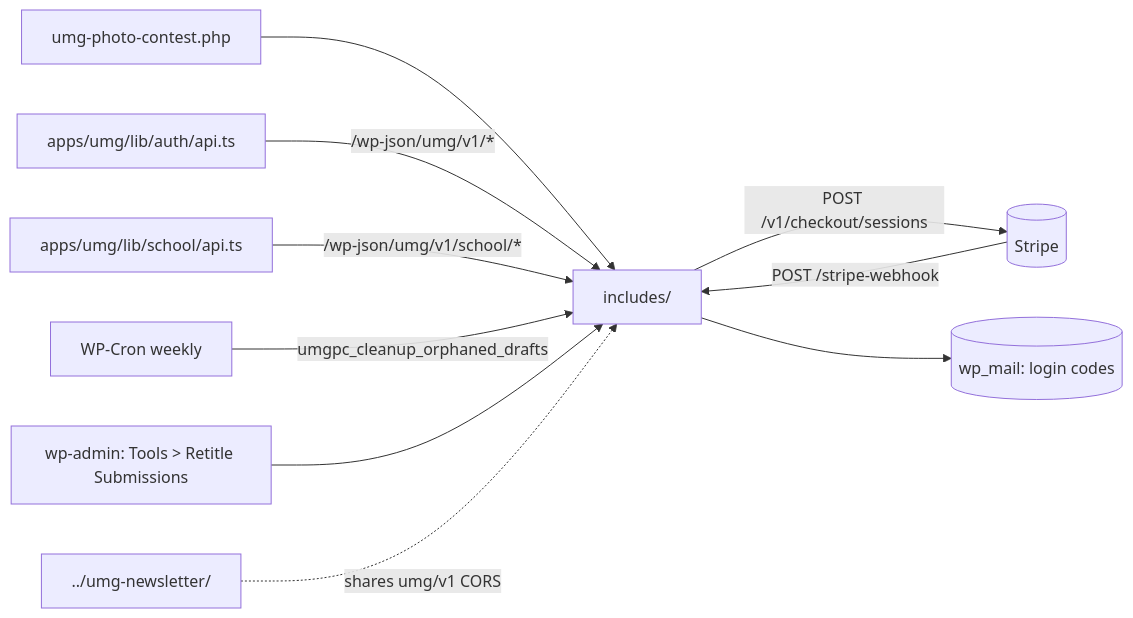
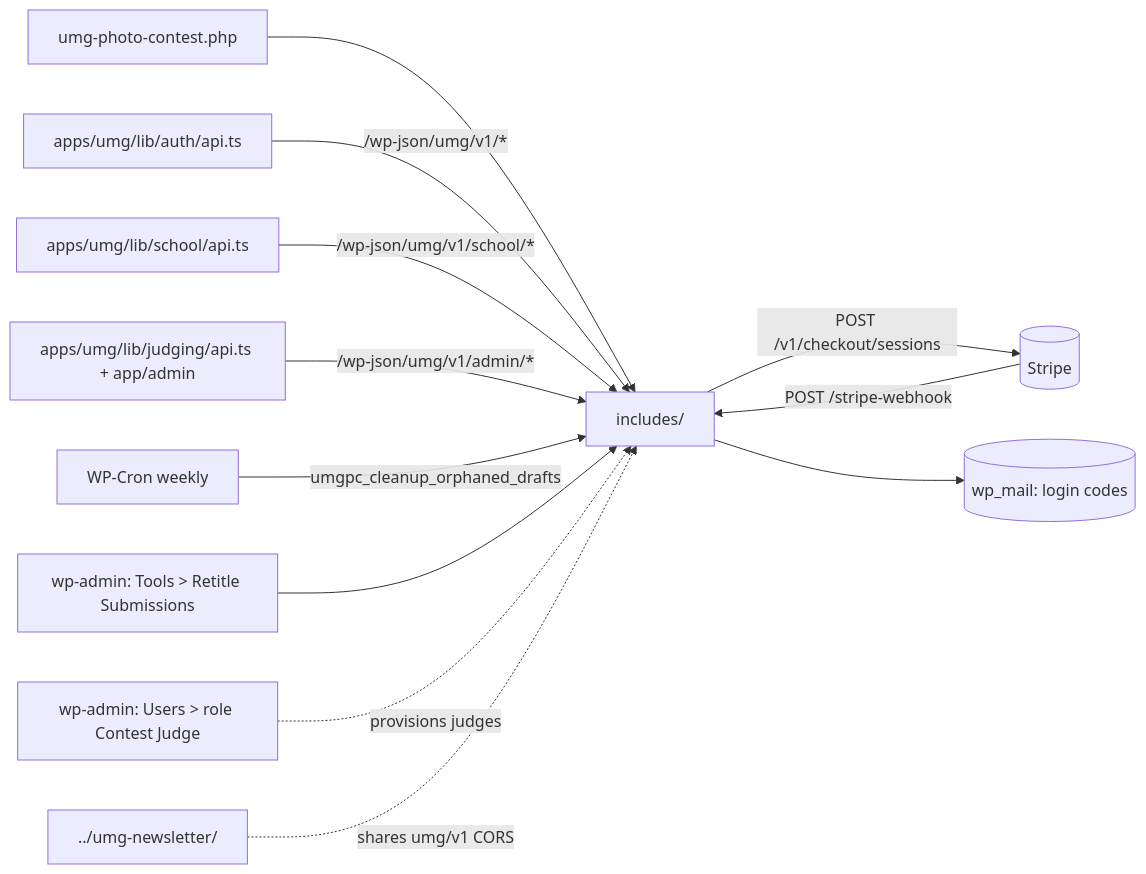
Before and after one commit to huuaho/umg-headless: the diagram in docs/codebase/plugin/umg-photo-contest/README.md, drawn with Mermaid. The commit also changed other lines of this file and 64 other files, not shown here.

````diff
--- a/docs/codebase/plugin/umg-photo-contest/README.md
+++ b/docs/codebase/plugin/umg-photo-contest/README.md
@@ -12,12 +12,14 @@
 ```mermaid
 graph LR
   bootstrap[umg-photo-contest.php] --> includes[includes/]
   frontend[apps/umg/lib/auth/api.ts] -->|/wp-json/umg/v1/*| includes
   frontend2[apps/umg/lib/school/api.ts] -->|/wp-json/umg/v1/school/*| includes
+  frontend3[apps/umg/lib/judging/api.ts + app/admin] -->|/wp-json/umg/v1/admin/*| includes
   stripe[(Stripe)] -->|POST /stripe-webhook| includes
   includes -->|POST /v1/checkout/sessions| stripe
   includes --> mail[(wp_mail: login codes)]
   cron[WP-Cron weekly] -->|umgpc_cleanup_orphaned_drafts| includes
   admin[wp-admin: Tools > Retitle Submissions] --> includes
+  wpusers[wp-admin: Users > role Contest Judge] -.provisions judges.-> includes
   newsletter[../umg-newsletter/] -.shares umg/v1 CORS.-> includes
 ```
````
